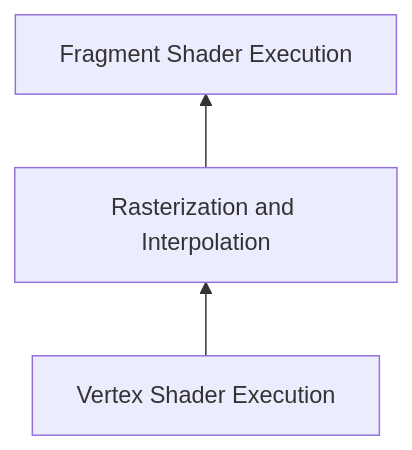
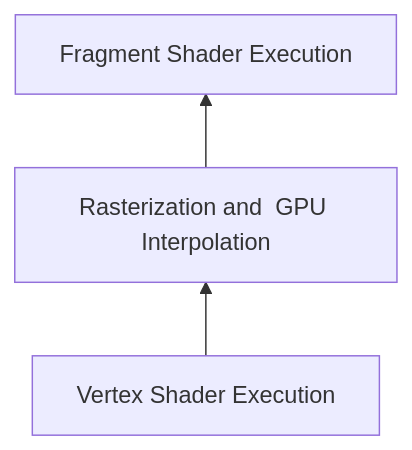
The fourth of 4 diagrams in books/WebGL2 Fundamentals/webgl shader and glsl - 2.md (softtiny/integrate-), drawn with Mermaid before and after one commit. The commit also changed other lines of this file, not shown here.

````diff
--- a/books/WebGL2 Fundamentals/webgl shader and glsl - 2.md
+++ b/books/WebGL2 Fundamentals/webgl shader and glsl - 2.md
@@ -128,10 +128,10 @@
 ```mermaid
 ---
 How Varyings Work
 ---
 flowchart BT
     A@{ label: "Vertex Shader Execution" }
-    B@{ label: "Rasterization and Interpolation" }
+    B@{ label: "Rasterization and  GPU Interpolation" }
     C@{ label: "Fragment Shader Execution" }
     A --> B --> C
 ```
````
